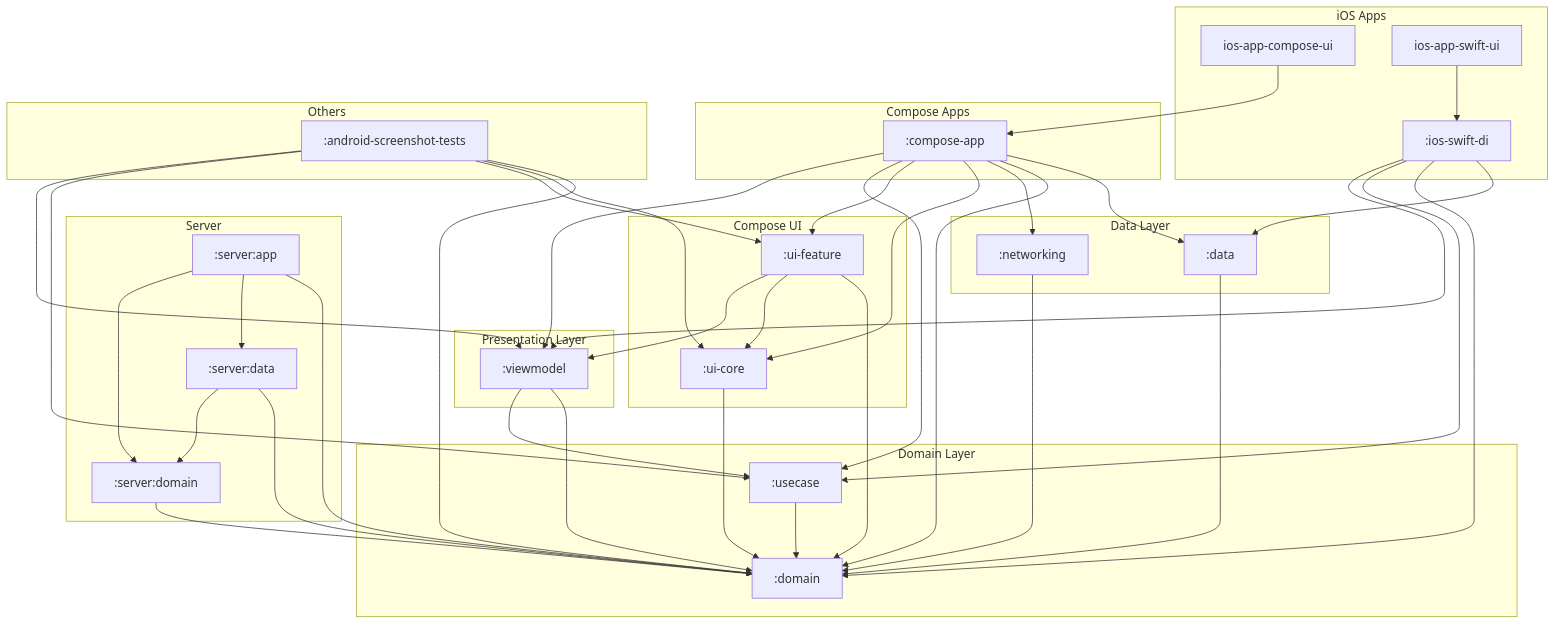
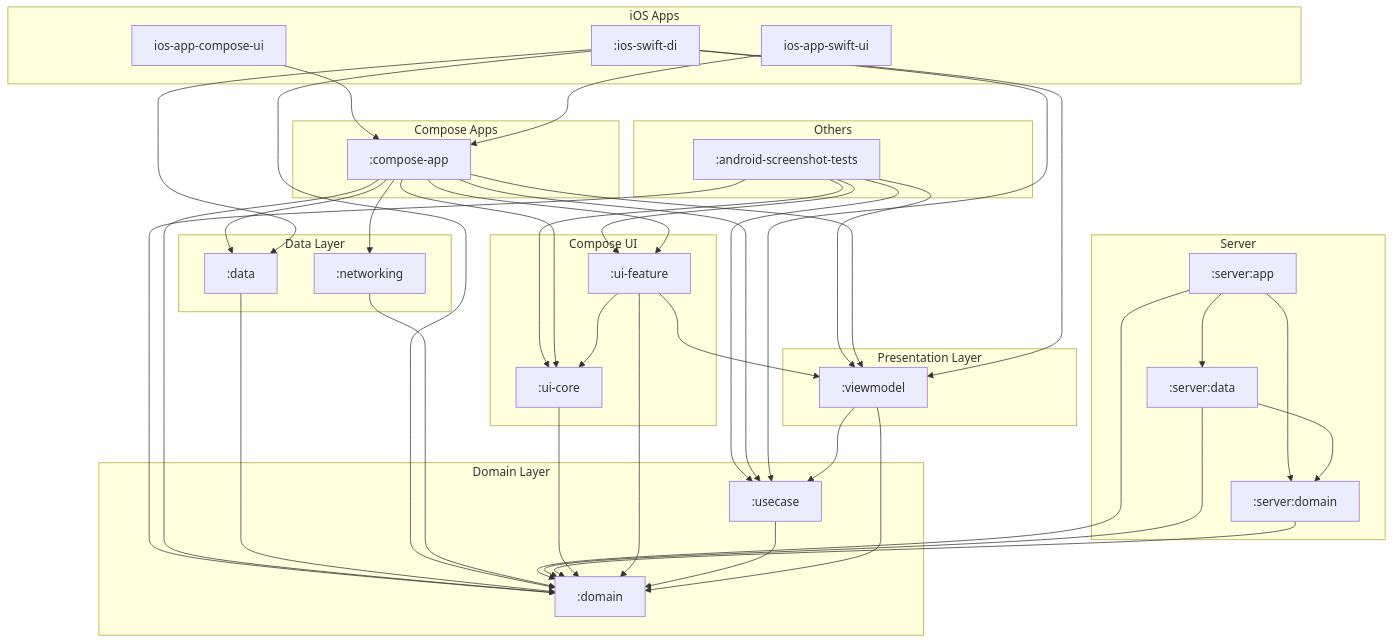
The diagram in docs/diagrams/full_system_structure.mmd (cartland/battery-butler), drawn with Mermaid before and after one commit. The commit also changed 3 other files, not shown here.

```diff
--- a/docs/diagrams/full_system_structure.mmd
+++ b/docs/diagrams/full_system_structure.mmd
@@ -1,87 +1,87 @@
 graph TD
     subgraph "iOS Apps"
         IosSwiftDi[":ios-swift-di"]
         IosAppComposeUi["ios-app-compose-ui"]
         IosAppSwiftUi["ios-app-swift-ui"]
     end
 
     subgraph "Compose Apps"
         ComposeApp[":compose-app"]
     end
 
     subgraph "Server"
         ServerApp[":server:app"]
         ServerData[":server:data"]
         ServerDomain[":server:domain"]
     end
 
     subgraph "Compose UI"
         UiCore[":ui-core"]
         UiFeature[":ui-feature"]
     end
 
     subgraph "Presentation Layer"
         Viewmodel[":viewmodel"]
     end
 
     subgraph "Domain Layer"
         Domain[":domain"]
         Usecase[":usecase"]
     end
 
     subgraph "Data Layer"
         Data[":data"]
         Networking[":networking"]
     end
 
     subgraph "Others"
         AndroidScreenshotTests[":android-screenshot-tests"]
     end
 
     %% Dependencies
     AndroidScreenshotTests --> Domain
     AndroidScreenshotTests --> UiCore
     AndroidScreenshotTests --> UiFeature
     AndroidScreenshotTests --> Usecase
     AndroidScreenshotTests --> Viewmodel
 
     ComposeApp --> Data
     ComposeApp --> Domain
     ComposeApp --> Networking
     ComposeApp --> UiCore
     ComposeApp --> UiFeature
     ComposeApp --> Usecase
     ComposeApp --> Viewmodel
 
     Data --> Domain
 
     IosSwiftDi --> Data
     IosSwiftDi --> Domain
     IosSwiftDi --> Usecase
     IosSwiftDi --> Viewmodel
 
     Networking --> Domain
 
     ServerApp --> Domain
     ServerApp --> ServerData
     ServerApp --> ServerDomain
 
     ServerData --> Domain
     ServerData --> ServerDomain
 
     ServerDomain --> Domain
 
     UiCore --> Domain
 
     UiFeature --> Domain
     UiFeature --> UiCore
     UiFeature --> Viewmodel
 
     Usecase --> Domain
 
     Viewmodel --> Domain
     Viewmodel --> Usecase
 
     IosAppComposeUi --> ComposeApp
 
-    IosAppSwiftUi --> IosSwiftDi
+    IosAppSwiftUi --> ComposeApp
```
